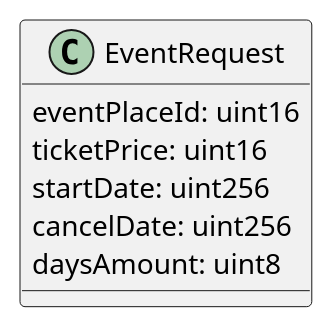
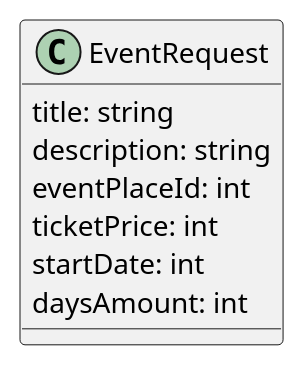
One commit to ai-shift/cyber-valley-tickets changed the fifth of 25 diagrams in README.org. Above: the diagram before and after it, drawn with PlantUML. The commit also changed other lines of this file and 6 other files, not shown here.

```diff
--- a/README.org
+++ b/README.org
@@ -166,9 +166,10 @@
 #+begin_src plantuml :file ./img/event-request.png
 class EventRequest {
-  eventPlaceId: uint16
-  ticketPrice: uint16
-  startDate: uint256
-  cancelDate: uint256
-  daysAmount: uint8
+  title: string
+  description: string
+  eventPlaceId: int
+  ticketPrice: int
+  startDate: int
+  daysAmount: int
 }
 #+end_src
```
